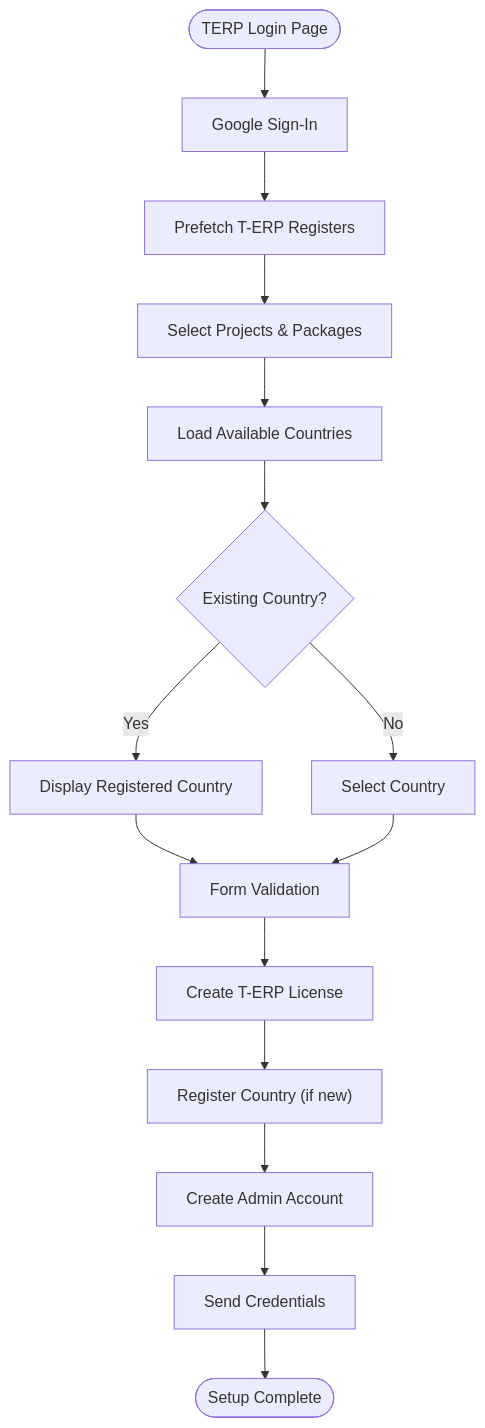
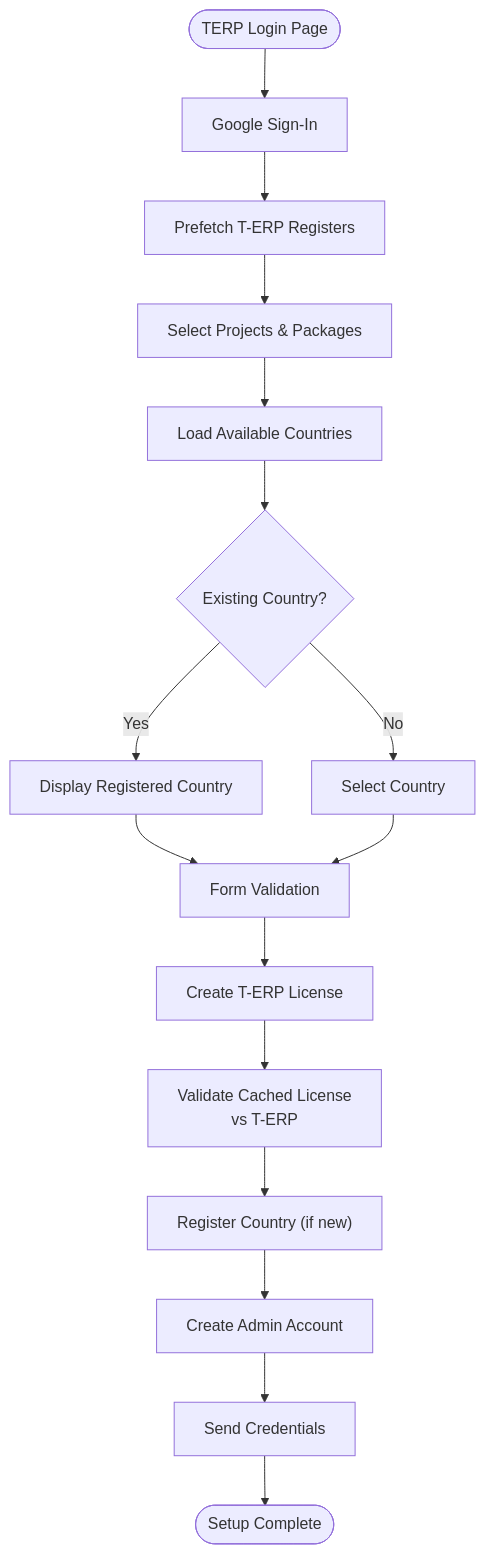
The third of 5 diagrams in .qoder/repowiki/en/content/Application Architecture/Authentication & Authorization.md (imcbsglobal/TRELLISCO_ERP_FRONTEND), drawn with Mermaid before and after one commit. The commit also changed other lines of this file and 15 other files, not shown here.

````diff
--- a/.qoder/repowiki/en/content/Application Architecture/Authentication & Authorization.md
+++ b/.qoder/repowiki/en/content/Application Architecture/Authentication & Authorization.md
@@ -233,17 +243,18 @@
 ```mermaid
 flowchart TD
 Start(["TERP Login Page"]) --> GoogleAuth["Google Sign-In"]
 GoogleAuth --> Prefetch["Prefetch T-ERP Registers"]
 Prefetch --> ProjectSelection["Select Projects & Packages"]
 ProjectSelection --> CountryCheck["Load Available Countries"]
 CountryCheck --> ExistingCountry{"Existing Country?"}
 ExistingCountry --> |Yes| LockedCountry["Display Registered Country"]
 ExistingCountry --> |No| CountrySelection["Select Country"]
 LockedCountry --> Validation["Form Validation"]
 CountrySelection --> Validation
 Validation --> LicenseCreation["Create T-ERP License"]
-LicenseCreation --> CountryRegistration["Register Country (if new)"]
+LicenseCreation --> CacheValidation["Validate Cached License<br/>vs T-ERP"]
+CacheValidation --> CountryRegistration["Register Country (if new)"]
 CountryRegistration --> AdminAccount["Create Admin Account"]
 AdminAccount --> CredentialDelivery["Send Credentials"]
 CredentialDelivery --> Success(["Setup Complete"])
 ```
````
